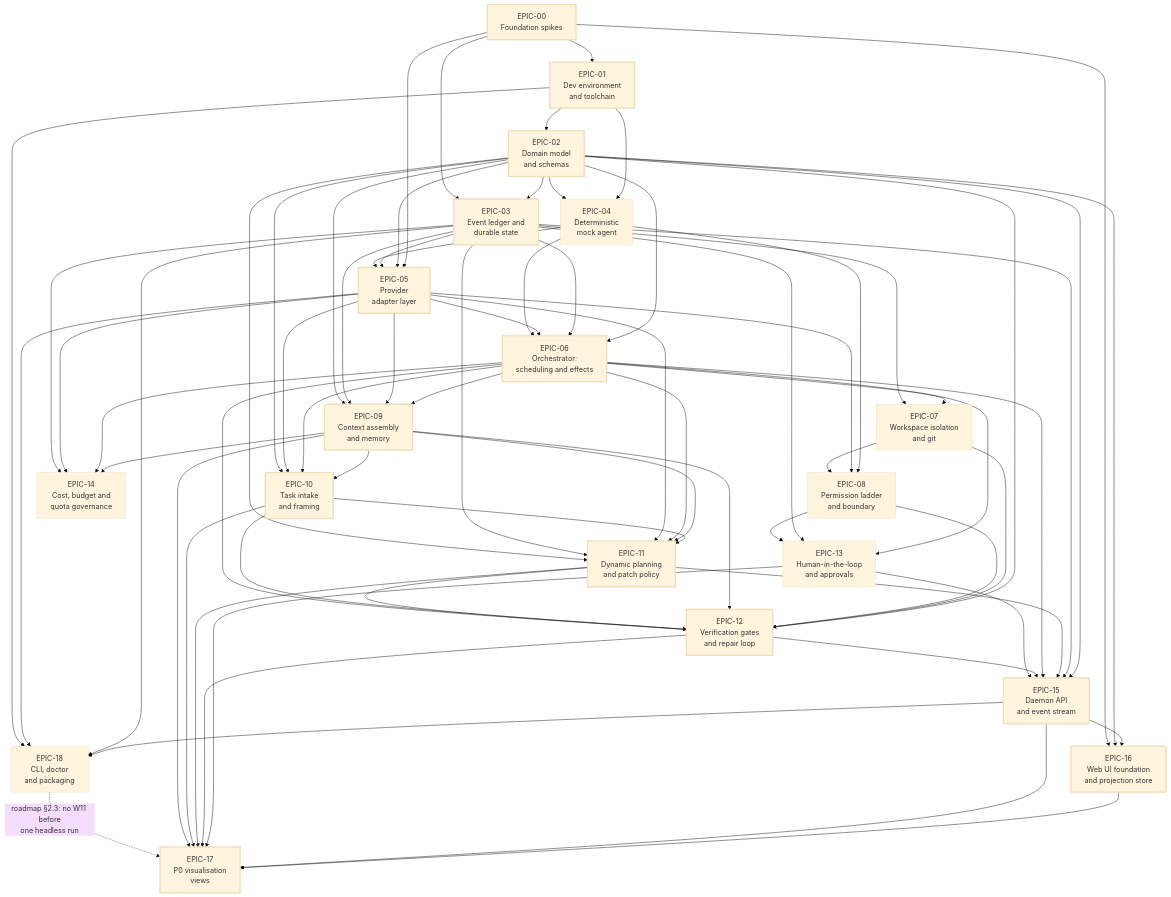
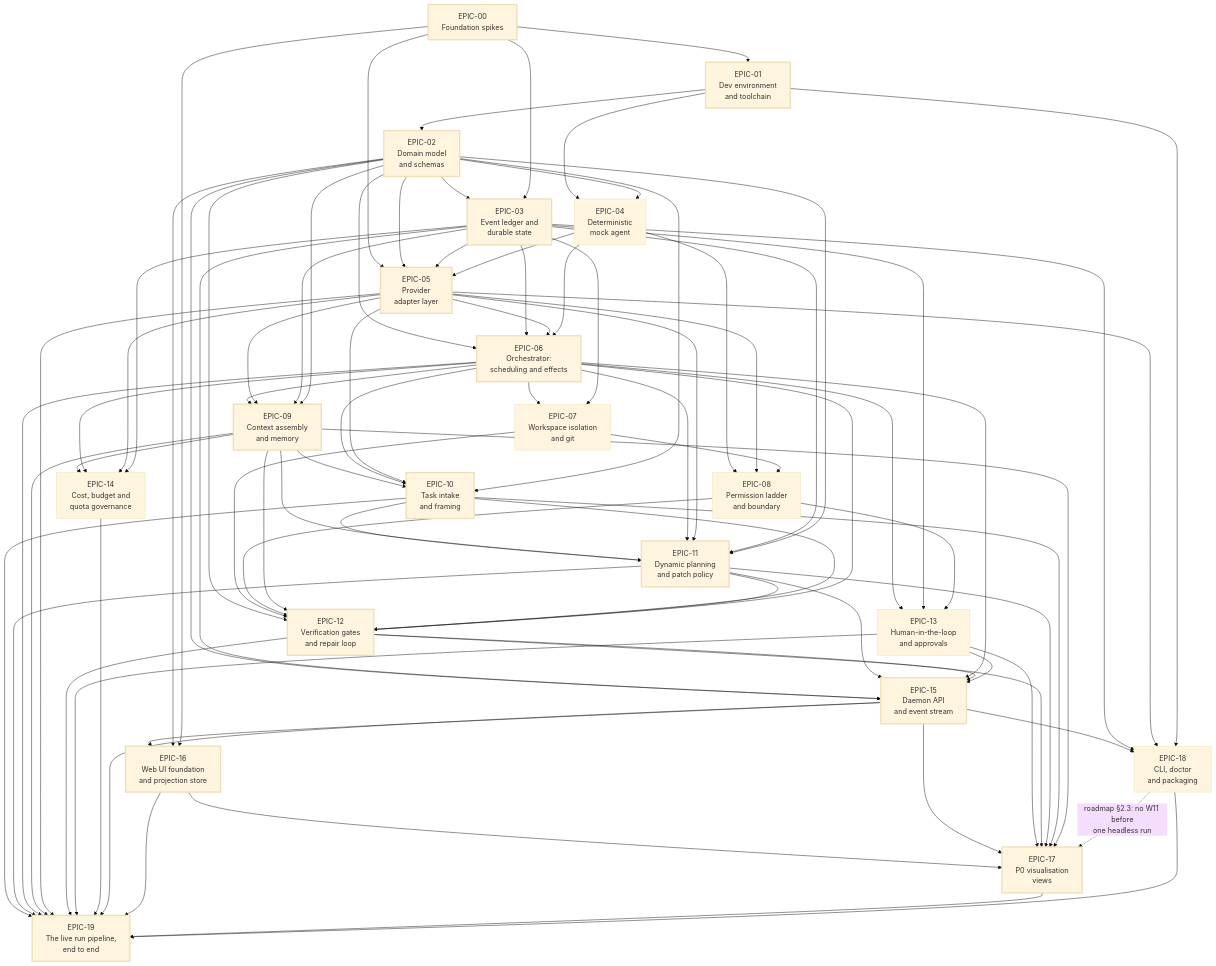
Before and after one commit to zohresalimi/dynamic-workflows: the diagram in docs/delivery/board.md, drawn with Mermaid (base theme). The commit also changed other lines of this file and 4 other files, not shown here.

````diff
--- a/docs/delivery/board.md
+++ b/docs/delivery/board.md
@@ -94,6 +113,7 @@
   EPIC16["EPIC-16<br/>Web UI foundation<br/>and projection store"]:::cp
   EPIC18["EPIC-18<br/>CLI, doctor<br/>and packaging"]
   EPIC17["EPIC-17<br/>P0 visualisation<br/>views"]:::cp
+  EPIC19["EPIC-19<br/>The live run pipeline,<br/>end to end"]:::cp
 
   EPIC00 --> EPIC01
   EPIC01 --> EPIC02
@@ -163,6 +183,18 @@
   EPIC10 --> EPIC17
   EPIC09 --> EPIC17
   EPIC18 -.->|"roadmap §2.3: no W11 before<br/>one headless run"| EPIC17
+  EPIC10 --> EPIC19
+  EPIC11 --> EPIC19
+  EPIC06 --> EPIC19
+  EPIC09 --> EPIC19
+  EPIC05 --> EPIC19
+  EPIC12 --> EPIC19
+  EPIC13 --> EPIC19
+  EPIC14 --> EPIC19
+  EPIC15 --> EPIC19
+  EPIC16 --> EPIC19
+  EPIC17 --> EPIC19
+  EPIC18 --> EPIC19
 
   classDef cp stroke-width:3px;
 ```
````
